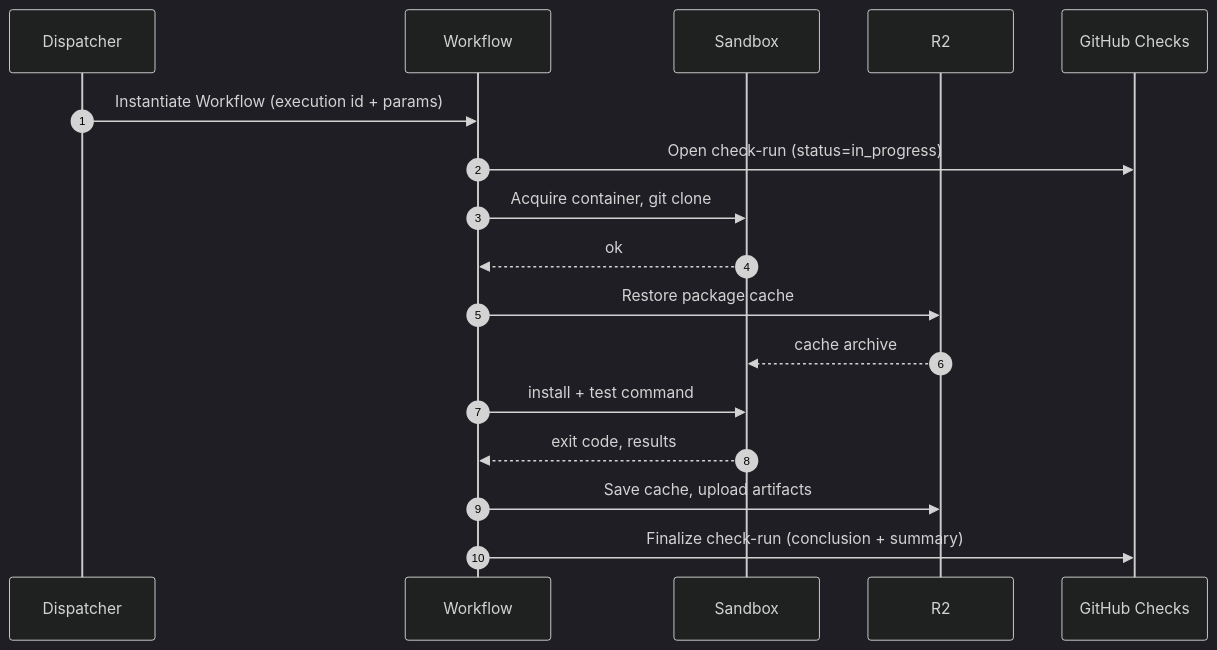
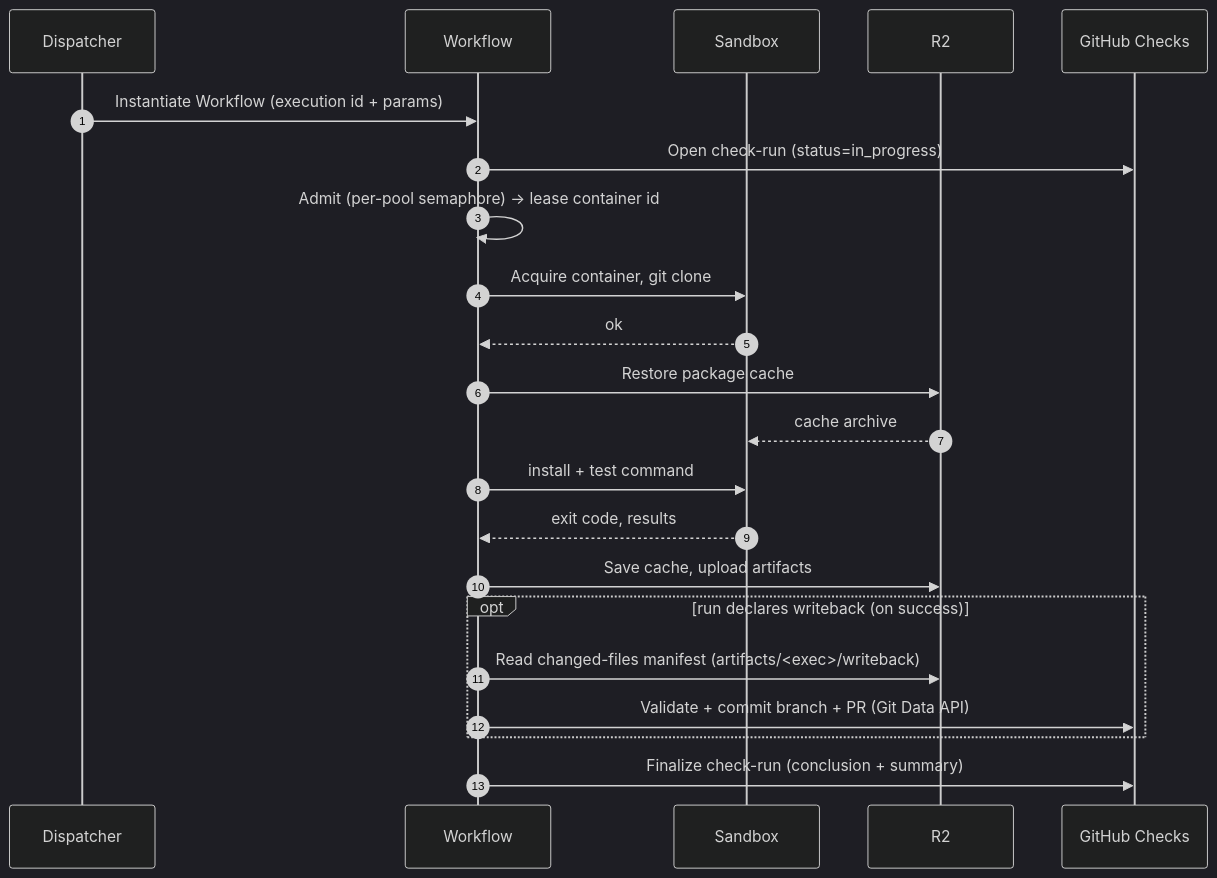
One commit to OpenHackersClub/flare-dispatch changed the second of 4 diagrams in specs/01-architecture.md. Above: the diagram before and after it, drawn with Mermaid (dark theme). The commit also changed other lines of this file and 21 other files, not shown here.

````diff
--- a/specs/01-architecture.md
+++ b/specs/01-architecture.md
@@ -132,20 +161,25 @@
 ```mermaid
 sequenceDiagram
   autonumber
   participant DSP as Dispatcher
   participant WF as Workflow
   participant SB as Sandbox
   participant R2 as R2
   participant GH as GitHub Checks
 
   DSP->>WF: Instantiate Workflow (execution id + params)
   WF->>GH: Open check-run (status=in_progress)
+  WF->>WF: Admit (per-pool semaphore) → lease container id
   WF->>SB: Acquire container, git clone
   SB-->>WF: ok
   WF->>R2: Restore package cache
   R2-->>SB: cache archive
   WF->>SB: install + test command
   SB-->>WF: exit code, results
   WF->>R2: Save cache, upload artifacts
+  opt run declares writeback (on success)
+    WF->>R2: Read changed-files manifest (artifacts/<exec>/writeback)
+    WF->>GH: Validate + commit branch + PR (Git Data API)
+  end
   WF->>GH: Finalize check-run (conclusion + summary)
 ```
````
